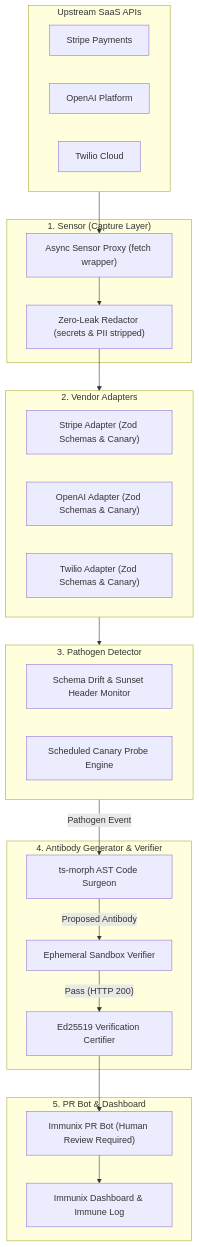
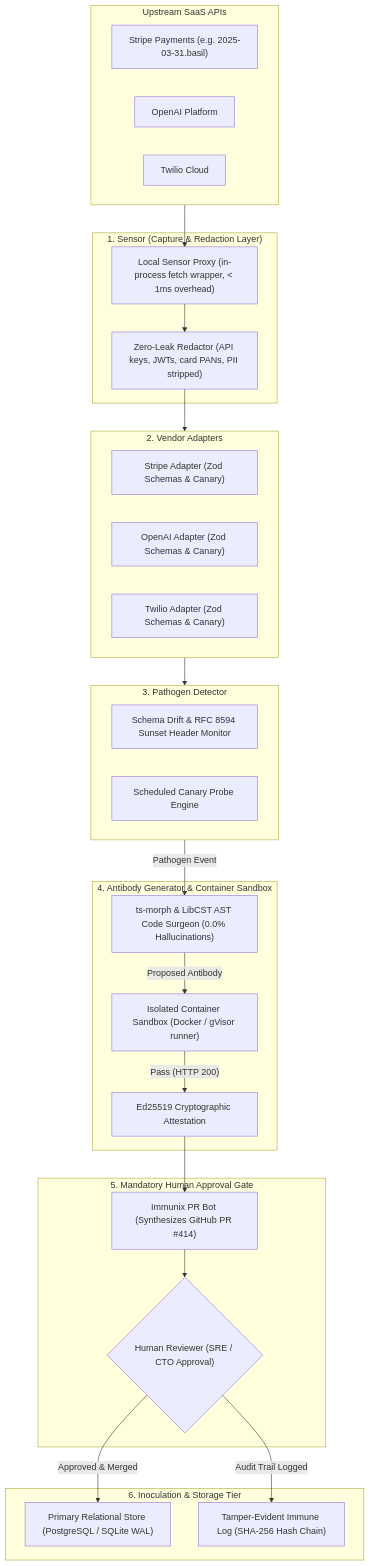
The diagram in README.md (Manju3312/VAXIX), drawn with Mermaid before and after one commit. The commit also changed other lines of this file and 21 other files, not shown here.

Commit message:
refactor(architecture): ground technical claims, add prominent human approval gate, unify 6-stage lifecycle, consolidate Postgres storage, and resolve diagram overlap

````diff
--- a/README.md
+++ b/README.md
@@ -48,45 +48,52 @@
 ```mermaid
 flowchart TD
     subgraph Upstream ["Upstream SaaS APIs"]
-        Stripe["Stripe Payments"]
+        Stripe["Stripe Payments (e.g. 2025-03-31.basil)"]
         OpenAI["OpenAI Platform"]
         Twilio["Twilio Cloud"]
     end
 
-    subgraph SensorLayer ["1. Sensor (Capture Layer)"]
-        Proxy["Async Sensor Proxy (fetch wrapper)"]
-        Redactor["Zero-Leak Redactor (secrets & PII stripped)"]
+    subgraph SensorLayer ["1. Sensor (Capture & Redaction Layer)"]
+        Proxy["Local Sensor Proxy (in-process fetch wrapper, < 1ms overhead)"]
+        Redactor["Zero-Leak Redactor (API keys, JWTs, card PANs, PII stripped)"]
     end
 
     subgraph Adapters ["2. Vendor Adapters"]
         StripeAdapter["Stripe Adapter (Zod Schemas & Canary)"]
         OpenAIAdapter["OpenAI Adapter (Zod Schemas & Canary)"]
         TwilioAdapter["Twilio Adapter (Zod Schemas & Canary)"]
     end
 
     subgraph Detector ["3. Pathogen Detector"]
-        DriftCheck["Schema Drift & Sunset Header Monitor"]
+        DriftCheck["Schema Drift & RFC 8594 Sunset Header Monitor"]
         CanaryEngine["Scheduled Canary Probe Engine"]
     end
 
-    subgraph Repair ["4. Antibody Generator & Verifier"]
-        AstGen["ts-morph AST Code Surgeon"]
-        Sandbox["Ephemeral Sandbox Verifier"]
-        CertSigner["Ed25519 Verification Certifier"]
+    subgraph Repair ["4. Antibody Generator & Container Sandbox"]
+        AstGen["ts-morph & LibCST AST Code Surgeon (0.0% Hallucinations)"]
+        Sandbox["Isolated Container Sandbox (Docker / gVisor runner)"]
+        CertSigner["Ed25519 Cryptographic Attestation"]
     end
 
-    subgraph Delivery ["5. PR Bot & Dashboard"]
-        PrBot["Immunix PR Bot (Human Review Required)"]
-        Dashboard["Immunix Dashboard & Immune Log"]
+    subgraph Governance ["5. Mandatory Human Approval Gate"]
+        PrBot["Immunix PR Bot (Synthesizes GitHub PR #414)"]
+        HumanReview{"Human Reviewer (SRE / CTO Approval)"}
+    end
+
+    subgraph Storage ["6. Inoculation & Storage Tier"]
+        Postgres["Primary Relational Store (PostgreSQL / SQLite WAL)"]
+        ImmuneLog["Tamper-Evident Immune Log (SHA-256 Hash Chain)"]
     end
 
     Upstream --> Proxy
     Proxy --> Redactor
     Redactor --> Adapters
     Adapters --> Detector
     Detector -- "Pathogen Event" --> AstGen
     AstGen -- "Proposed Antibody" --> Sandbox
     Sandbox -- "Pass (HTTP 200)" --> CertSigner
     CertSigner --> PrBot
-    PrBot --> Dashboard
+    PrBot --> HumanReview
+    HumanReview -- "Approved & Merged" --> Postgres
+    HumanReview -- "Audit Trail Logged" --> ImmuneLog
 ```
````
